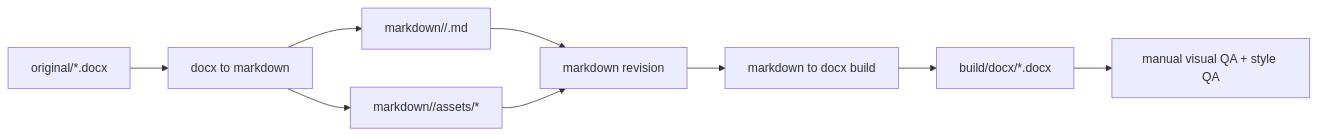
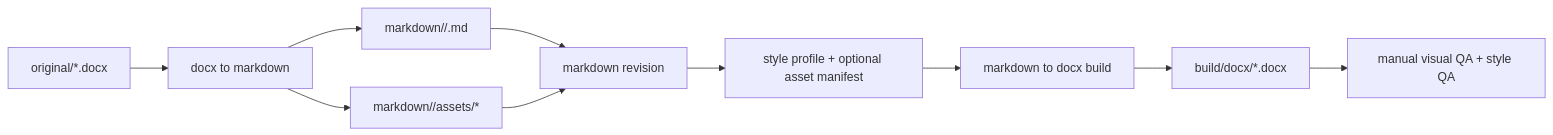
The diagram in word-polished-doc-collab/references/doc_workflow.md (founderqiang/presentation-skills), drawn with Mermaid before and after one commit. The commit also changed other lines of this file and 11 other files, not shown here.

````diff
--- a/word-polished-doc-collab/references/doc_workflow.md
+++ b/word-polished-doc-collab/references/doc_workflow.md
@@ -25,11 +30,12 @@
 ```mermaid
 flowchart LR
     A[original/*.docx] --> B[docx to markdown]
     B --> C[markdown/<doc>/<doc>.md]
     B --> D[markdown/<doc>/assets/*]
     C --> E[markdown revision]
     D --> E
-    E --> F[markdown to docx build]
-    F --> G[build/docx/*.docx]
-    G --> H[manual visual QA + style QA]
+    E --> F[style profile + optional asset manifest]
+    F --> G[markdown to docx build]
+    G --> H[build/docx/*.docx]
+    H --> I[manual visual QA + style QA]
 ```
````
